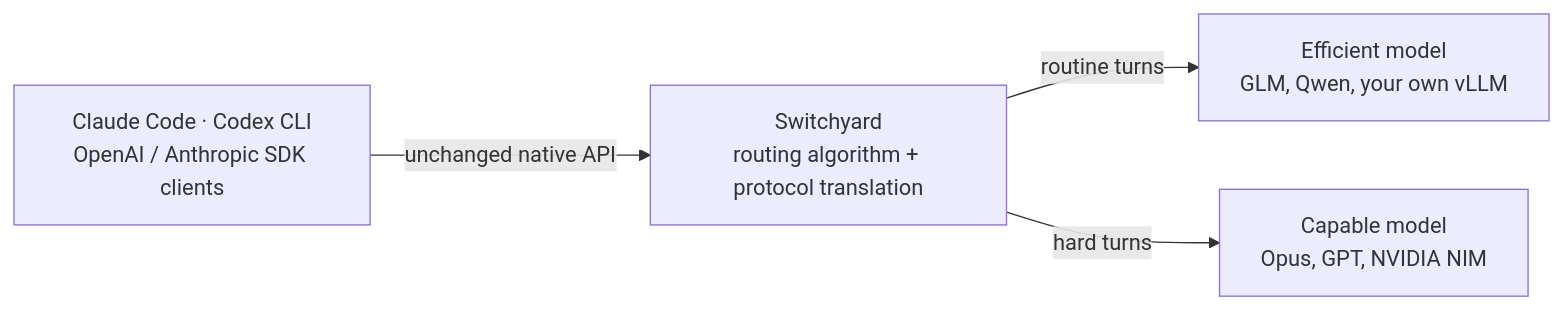
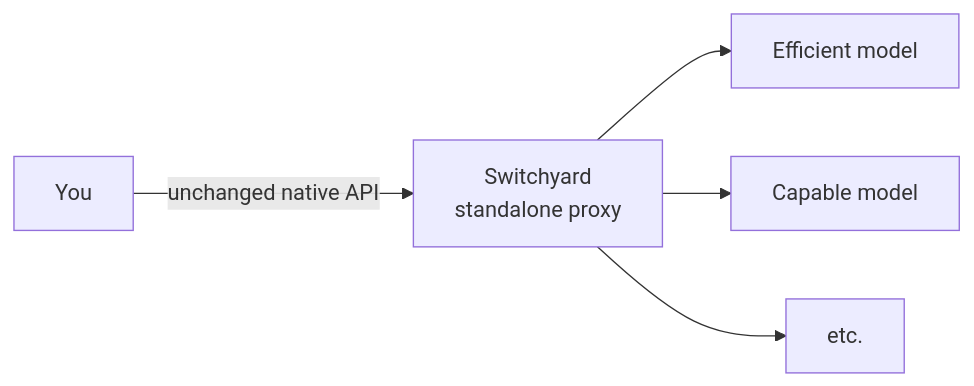
The third of 3 diagrams in README.md (NVIDIA-NeMo/Switchyard), drawn with Mermaid before and after one commit. The commit also changed other lines of this file, not shown here.

````diff
--- a/README.md
+++ b/README.md
@@ -11,11 +68,8 @@
 ```mermaid
 flowchart LR
-    A["Claude Code · Codex CLI<br/>OpenAI / Anthropic SDK clients"]
-    SY["Switchyard<br/>routing algorithm + protocol translation"]
-    E["Efficient model<br/>GLM, Qwen, your own vLLM"]
-    C["Capable model<br/>Opus, GPT, NVIDIA NIM"]
-
-    A -->|"unchanged native API"| SY
-    SY -->|"routine turns"| E
-    SY -->|"hard turns"| C
+    P["Switchyard<br/>standalone proxy"]
+    P--> M["Efficient model"]
+    P--> N["Capable model"]
+    P--> O[etc.]
+    G[You] -->|"unchanged native API"| P
 ```
````
